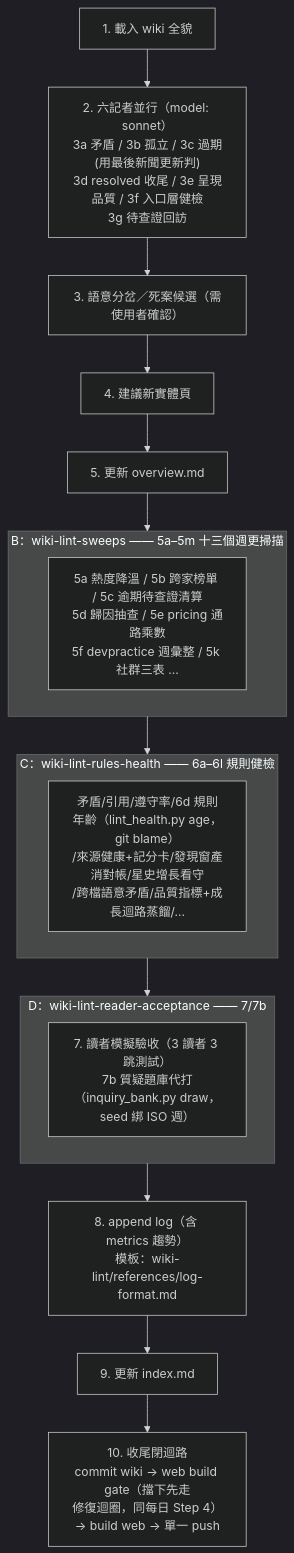
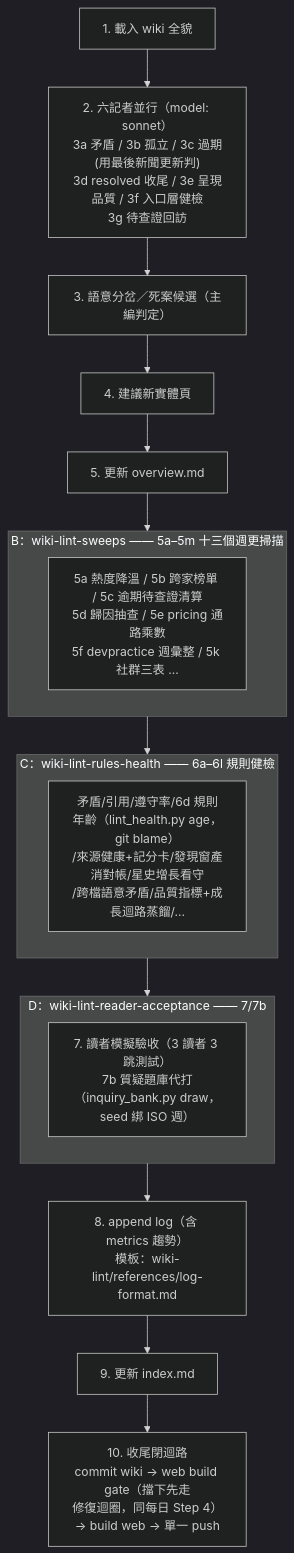
The fifth of 9 diagrams in src/DesignDocument/Design Diagram.md (mandy82477/claude-news), drawn with Mermaid (dark theme) before and after one commit. The commit also changed other lines of this file and 40 other files, not shown here.

````diff
--- a/src/DesignDocument/Design Diagram.md
+++ b/src/DesignDocument/Design Diagram.md
@@ -215,30 +215,30 @@
 ```mermaid
 flowchart TD
     L1["1. 載入 wiki 全貌"] --> L2
     L2["2. 六記者並行（model: sonnet）\n3a 矛盾 / 3b 孤立 / 3c 過期(用最後新聞更新判)\n3d resolved 收尾 / 3e 呈現品質 / 3f 入口層健檢\n3g 待查證回訪"] --> L3
-    L3["3. 語意分岔／死案候選（需使用者確認）"] --> L4
+    L3["3. 語意分岔／死案候選（主編判定）"] --> L4
     L4["4. 建議新實體頁"] --> L5
     L5["5. 更新 overview.md"] --> LB
 
     subgraph LB["B：wiki-lint-sweeps —— 5a–5m 十三個週更掃描"]
         L5B["5a 熱度降溫 / 5b 跨家榜單 / 5c 逾期待查證清算\n5d 歸因抽查 / 5e pricing 通路乘數\n5f devpractice 週彙整 / 5k 社群三表 …"]
     end
 
     LB --> LC
 
     subgraph LC["C：wiki-lint-rules-health —— 6a–6l 規則健檢"]
         L6["矛盾/引用/遵守率/6d 規則年齡（lint_health.py age，git blame）\n/來源健康+記分卡/發現窗產消對帳/星史增長看守\n/跨檔語意矛盾/品質指標+成長迴路蒸餾/…"]
     end
 
     LC --> LD
 
     subgraph LD["D：wiki-lint-reader-acceptance —— 7/7b"]
         L7["7. 讀者模擬驗收（3 讀者 3 跳測試）\n7b 質疑題庫代打（inquiry_bank.py draw，seed 綁 ISO 週）"]
     end
 
     LD --> L8["8. append log（含 metrics 趨勢）\n模板：wiki-lint/references/log-format.md"] --> L9
     L9["9. 更新 index.md"] --> L10
     L10["10. 收尾閉迴路
 commit wiki → web build gate（擋下先走
 修復迴圈，同每日 Step 4）→ build web → 單一 push"]
 ```
````
